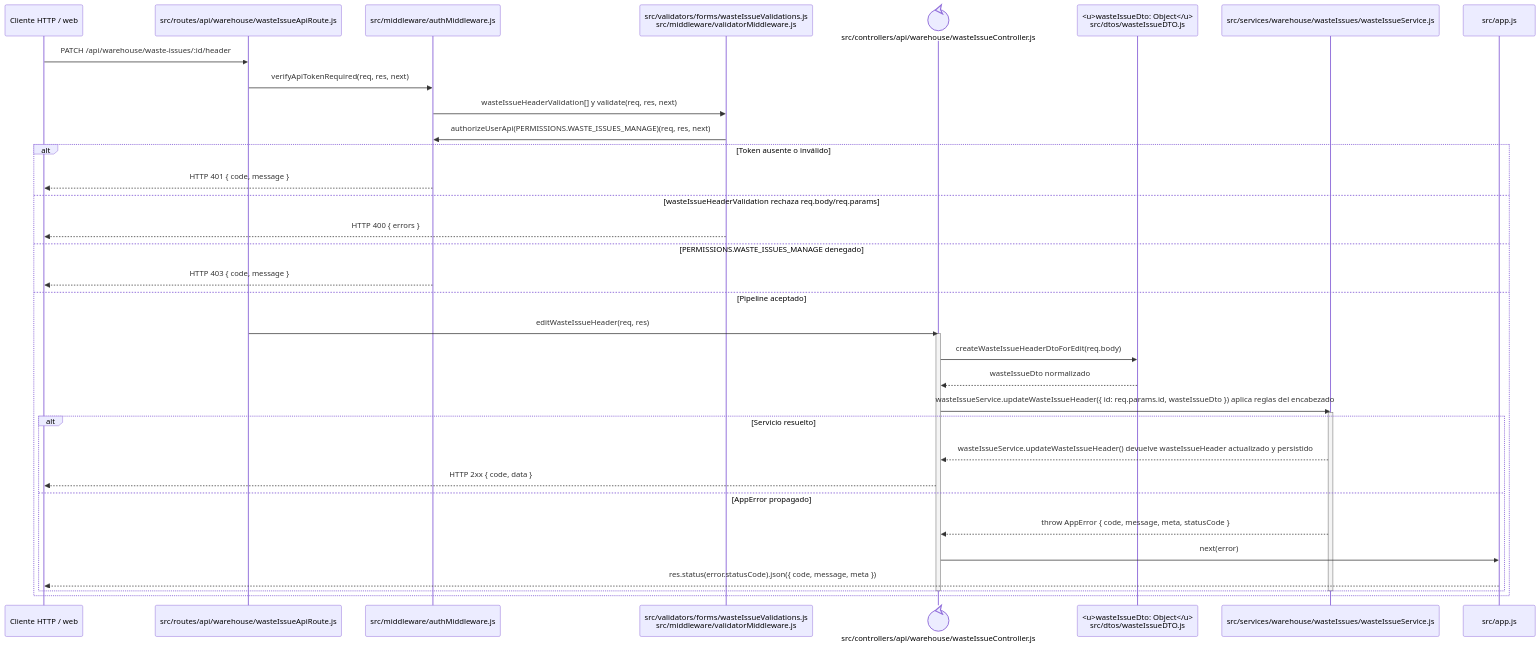
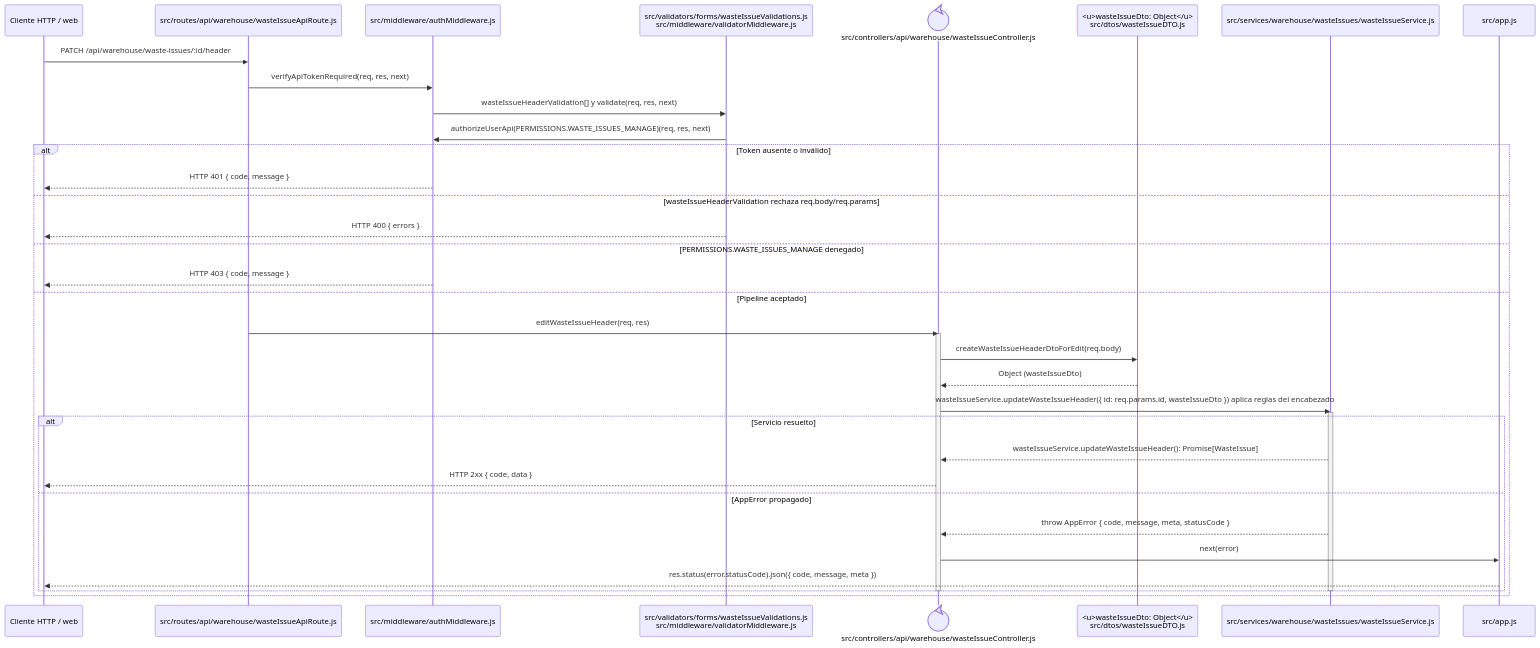
Before and after one commit to gpgsistemas01/nexus: the diagram in docs/architecture/backend-code-sequences/issues/cu-sal-10.md, drawn with Mermaid. The commit also changed 146 other files, not shown here.

````diff
--- a/docs/architecture/backend-code-sequences/issues/cu-sal-10.md
+++ b/docs/architecture/backend-code-sequences/issues/cu-sal-10.md
@@ -6,40 +6,40 @@
 ```mermaid
 sequenceDiagram
     participant Client as Cliente HTTP / web
     participant Route as src/routes/api/warehouse/wasteIssueApiRoute.js
     participant Auth as src/middleware/authMiddleware.js
     participant Validator as src/validators/forms/wasteIssueValidations.js<br/>src/middleware/validatorMiddleware.js
     participant Controller@{ "type": "control" } as src/controllers/api/warehouse/wasteIssueController.js
     participant IssueDto as <u>wasteIssueDto: Object</u><br/>src/dtos/wasteIssueDTO.js
     participant Domain as src/services/warehouse/wasteIssues/wasteIssueService.js
     participant ErrorHandler as src/app.js
 
     Client->>Route: PATCH /api/warehouse/waste-issues/:id/header
     Route->>Auth: verifyApiTokenRequired(req, res, next)
     Auth->>Validator: wasteIssueHeaderValidation[] y validate(req, res, next)
     Validator->>Auth: authorizeUserApi(PERMISSIONS.WASTE_ISSUES_MANAGE)(req, res, next)
     alt Token ausente o inválido
         Auth-->>Client: HTTP 401 { code, message }
     else wasteIssueHeaderValidation rechaza req.body/req.params
         Validator-->>Client: HTTP 400 { errors }
     else PERMISSIONS.WASTE_ISSUES_MANAGE denegado
         Auth-->>Client: HTTP 403 { code, message }
     else Pipeline aceptado
         Route->>Controller: editWasteIssueHeader(req, res)
         activate Controller
         Controller->>IssueDto: createWasteIssueHeaderDtoForEdit(req.body)
-        IssueDto-->>Controller: wasteIssueDto normalizado
+        IssueDto-->>Controller: Object (wasteIssueDto)
         Controller->>Domain: wasteIssueService.updateWasteIssueHeader({ id: req.params.id, wasteIssueDto }) aplica reglas del encabezado
         activate Domain
         alt Servicio resuelto
-            Domain-->>Controller: wasteIssueService.updateWasteIssueHeader() devuelve wasteIssueHeader actualizado y persistido
+            Domain-->>Controller: wasteIssueService.updateWasteIssueHeader(): Promise[WasteIssue]
             Controller-->>Client: HTTP 2xx { code, data }
         else AppError propagado
             Domain-->>Controller: throw AppError { code, message, meta, statusCode }
             Controller->>ErrorHandler: next(error)
             ErrorHandler-->>Client: res.status(error.statusCode).json({ code, message, meta })
         end
         deactivate Domain
         deactivate Controller
     end
 ```
````
